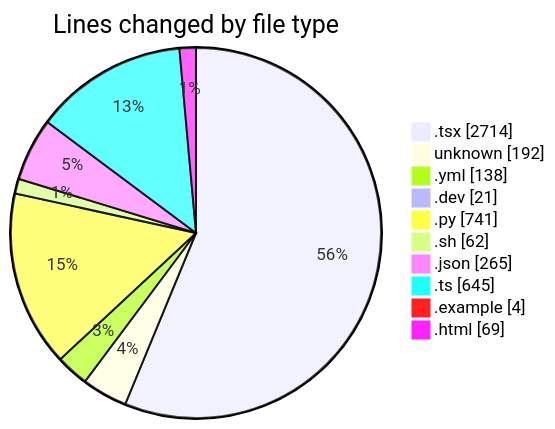
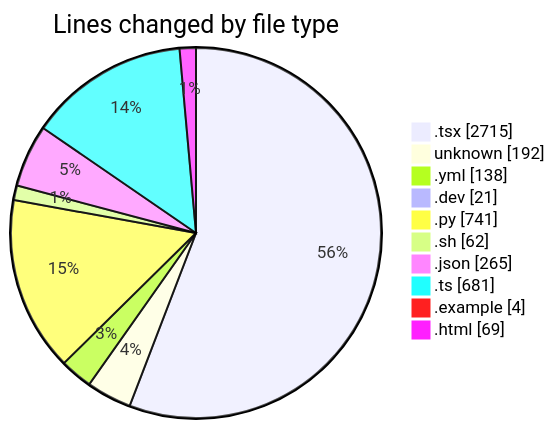
One commit to Elitesun/code-tracking changed the first of 2 diagrams in 2025-05-18/niten/README.md. Above: the diagram before and after it, drawn with Mermaid. The commit also changed other lines of this file and 1 other file, not shown here.

````diff
--- a/2025-05-18/niten/README.md
+++ b/2025-05-18/niten/README.md
@@ -54,14 +54,14 @@
 ```mermaid
 pie showData
 title Lines changed by file type
-".tsx" : 2714
+".tsx" : 2715
 "unknown" : 192
 ".yml" : 138
 ".dev" : 21
 ".py" : 741
 ".sh" : 62
 ".json" : 265
-".ts" : 645
+".ts" : 681
 ".example" : 4
 ".html" : 69
 ```
````
